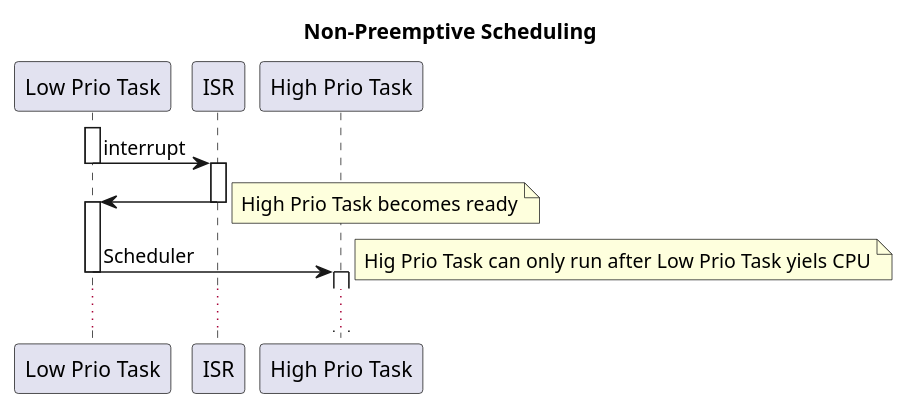
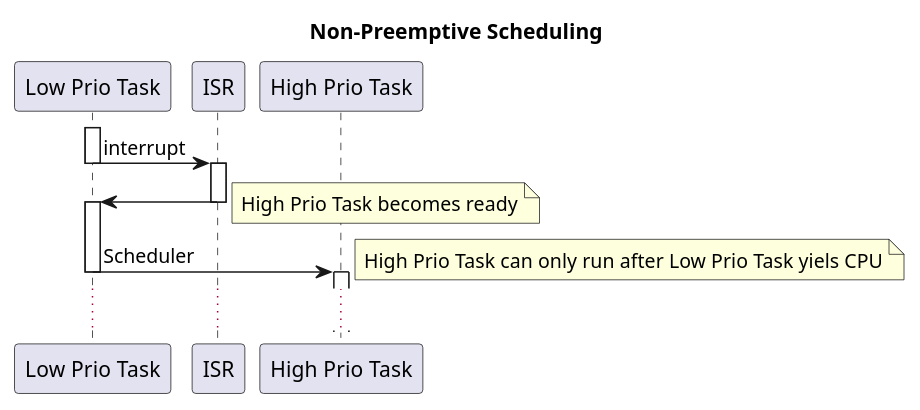
The diagram in Diagrams/NonPreemptiveScheduling.puml (fhirter/Microcomputertechnik), drawn with PlantUML before and after one commit.

```diff
--- a/Diagrams/NonPreemptiveScheduling.puml
+++ b/Diagrams/NonPreemptiveScheduling.puml
@@ -1,21 +1,21 @@
 @startuml
 
 title Non-Preemptive Scheduling
 
 activate "Low Prio Task"
 "Low Prio Task" -> "ISR": interrupt
 deactivate "Low Prio Task"
 
 activate ISR
 ISR -> "Low Prio Task"
 note right: High Prio Task becomes ready
 
 deactivate ISR
 activate "Low Prio Task"
 "Low Prio Task" -> "High Prio Task": Scheduler
 deactivate "Low Prio Task"
 activate "High Prio Task"
-note right: Hig Prio Task can only run after Low Prio Task yiels CPU
+note right: High Prio Task can only run after Low Prio Task yiels CPU
 ...
 
 @enduml
```
